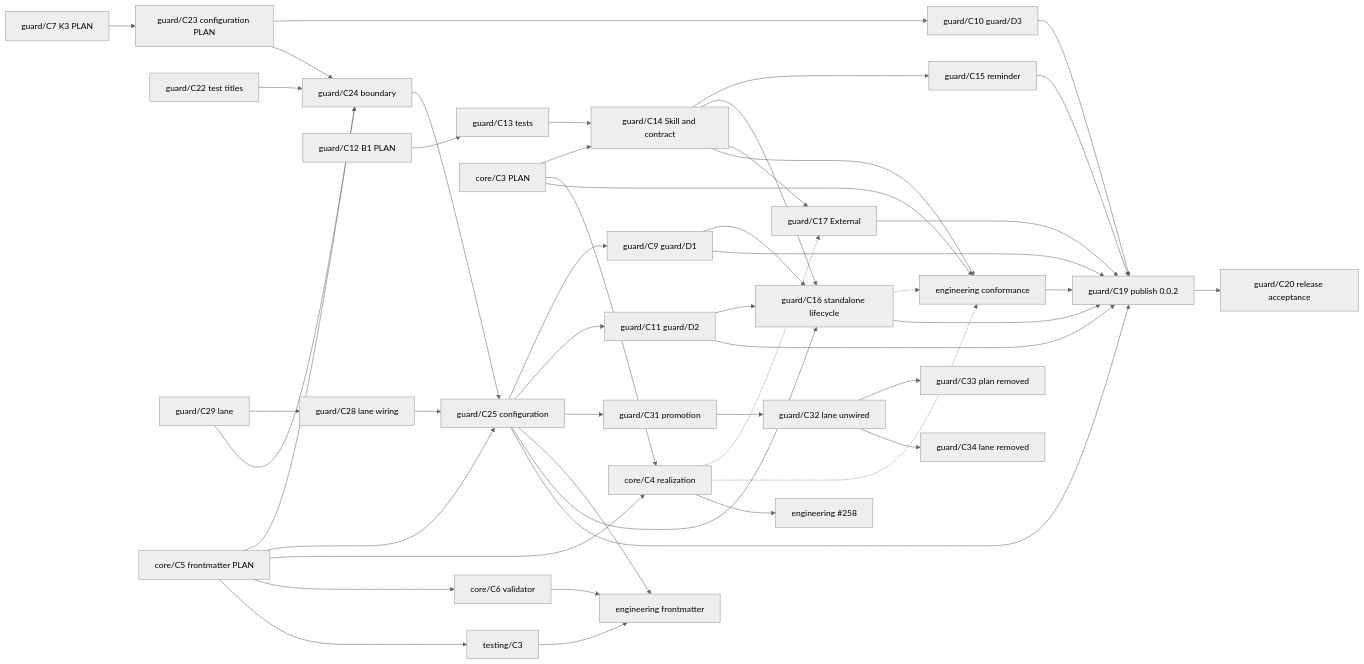
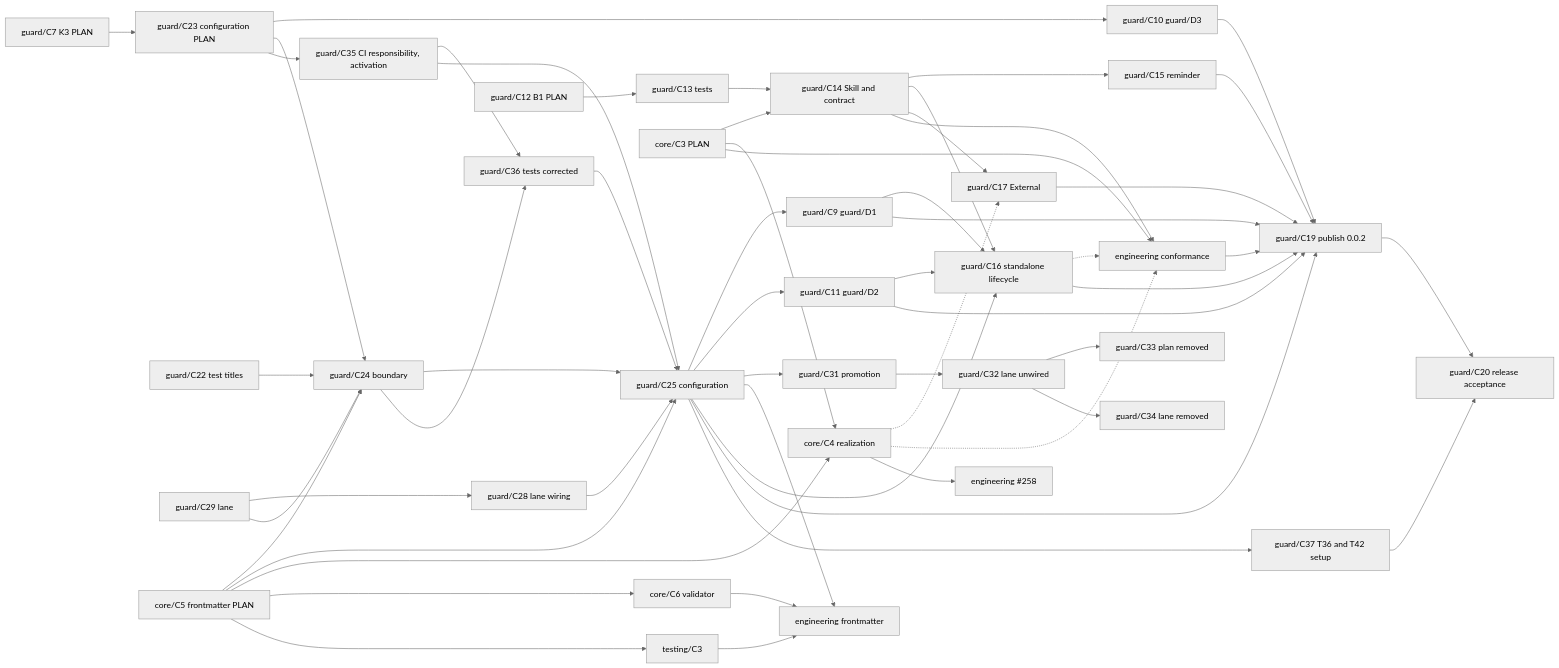
One commit to Kai-Hacks-AI/KAAL changed the diagram in engineering/guard/change.md. Above: the diagram before and after it, drawn with Mermaid (neutral theme). The commit also changed other lines of this file and 3 other files, not shown here.

First line of the commit message:
guard/C35: CI responsibility and activation stay with the consumer (PLAN correction) (#355)

````diff
--- a/engineering/guard/change.md
+++ b/engineering/guard/change.md
@@ -209,50 +226,57 @@
 ```mermaid
 graph LR
   C7[guard/C7 K3 PLAN] --> C23[guard/C23 configuration PLAN]
   C25 --> C9[guard/C9 guard/D1]
   C23 --> C10[guard/C10 guard/D3]
   C25 --> C11[guard/C11 guard/D2]
   C22[guard/C22 test titles] --> C24[guard/C24 boundary]
   C23 --> C24
   C29[guard/C29 lane] --> C28[guard/C28 lane wiring]
   C29 --> C24
   C28 --> C25
   C24 --> C25[guard/C25 configuration]
+  C23 --> C35[guard/C35 CI responsibility, activation]
+  C35 --> C36[guard/C36 tests corrected]
+  C24 --> C36
+  C35 --> C25
+  C36 --> C25
   C25 --> C31[guard/C31 promotion]
   C31 --> C32[guard/C32 lane unwired]
   C32 --> C33[guard/C33 plan removed]
   C32 --> C34[guard/C34 lane removed]
   FM5 --> C24
   FM5 --> C25
   C25 --> FE
   C12[guard/C12 B1 PLAN] --> C13[guard/C13 tests]
   C13 --> C14[guard/C14 Skill and contract]
   CP[core/C3 PLAN] --> C14
   C14 --> C15[guard/C15 reminder]
   C14 --> C16[guard/C16 standalone lifecycle]
   C25 --> C16
   C9 --> C16
   C11 --> C16
   C14 --> C17[guard/C17 External]
   CP --> CR[core/C4 realization]
   FM5[core/C5 frontmatter PLAN] --> CR
   FM5 --> FM6[core/C6 validator]
   FM5 --> TT[testing/C3]
   FM6 --> FE[engineering frontmatter]
   TT --> FE
   CR -.-> C17
   C14 --> EC[engineering conformance]
   CP --> EC
   C16 -.-> EC
   CR -.-> EC
   CR --> EA[engineering #258]
   C9 --> C19[guard/C19 publish 0.0.2]
   C10 --> C19
   C11 --> C19
   C15 --> C19
   C16 --> C19
   C25 --> C19
   C17 --> C19
   EC --> C19
-  C19 --> C20[guard/C20 release acceptance]
+  C25 --> C37[guard/C37 T36 and T42 setup]
+  C37 --> C20[guard/C20 release acceptance]
+  C19 --> C20
 ```
````
